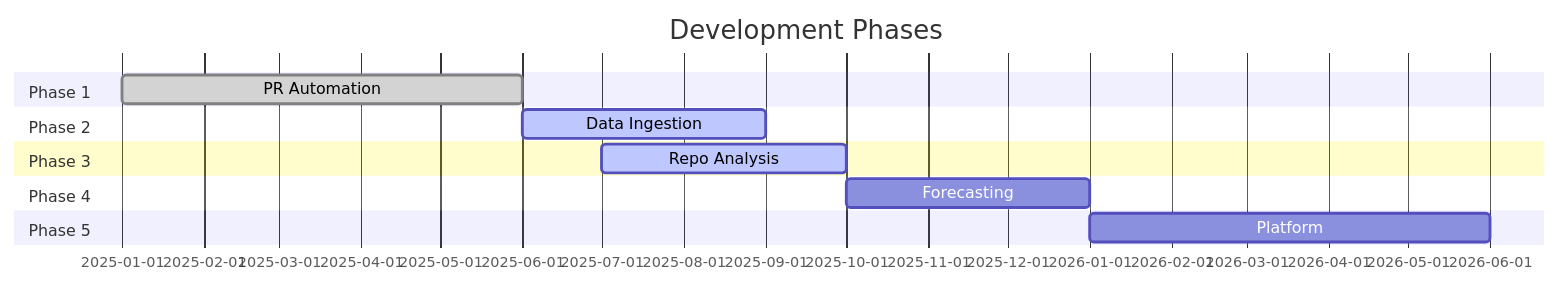
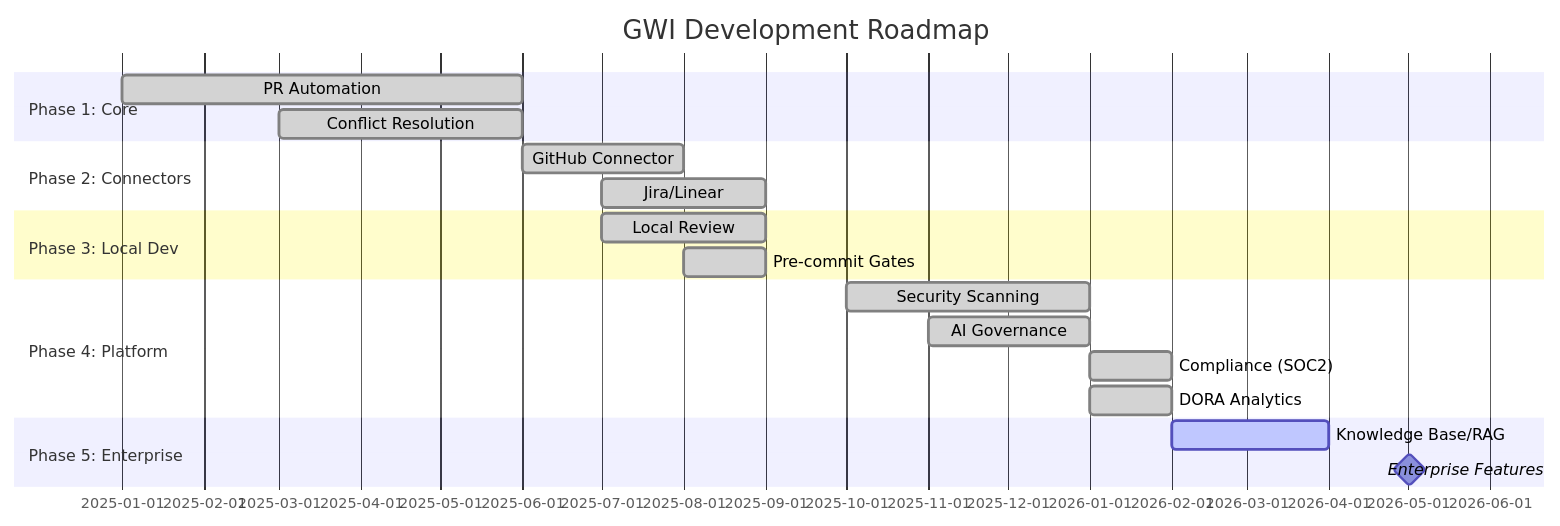
One commit to intent-solutions-io/iam-git-with-intent changed diagram 16 of 16 in README.md. Above: the diagram before and after it, drawn with Mermaid. The commit also changed other lines of this file, not shown here.

First line of the commit message:
docs(readme): update to v0.7.0 with completed platform features

````diff
--- a/README.md
+++ b/README.md
@@ -714,15 +785,22 @@
 ```mermaid
 gantt
-    title Development Phases
-    dateFormat  YYYY-MM
-    section Phase 1
-    PR Automation     :done, 2025-01, 2025-06
-    section Phase 2
-    Data Ingestion    :active, 2025-06, 2025-09
-    section Phase 3
-    Repo Analysis     :active, 2025-07, 2025-10
-    section Phase 4
-    Forecasting       :2025-10, 2026-01
-    section Phase 5
-    Platform          :2026-01, 2026-06
+    title GWI Development Roadmap
+    dateFormat YYYY-MM
+    section Phase 1: Core
+    PR Automation       :done, p1, 2025-01, 2025-06
+    Conflict Resolution :done, p1b, 2025-03, 2025-06
+    section Phase 2: Connectors
+    GitHub Connector    :done, p2, 2025-06, 2025-08
+    Jira/Linear         :done, p2b, 2025-07, 2025-09
+    section Phase 3: Local Dev
+    Local Review        :done, p3, 2025-07, 2025-09
+    Pre-commit Gates    :done, p3b, 2025-08, 2025-09
+    section Phase 4: Platform
+    Security Scanning   :done, p4, 2025-10, 2026-01
+    AI Governance       :done, p4b, 2025-11, 2026-01
+    Compliance (SOC2)   :done, p4c, 2026-01, 2026-02
+    DORA Analytics      :done, p4d, 2026-01, 2026-02
+    section Phase 5: Enterprise
+    Knowledge Base/RAG  :active, p5, 2026-02, 2026-04
+    Enterprise Features :milestone, p5b, 2026-04, 2026-06
 ```
````
